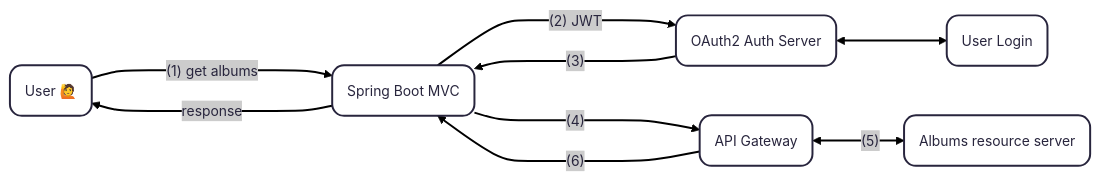
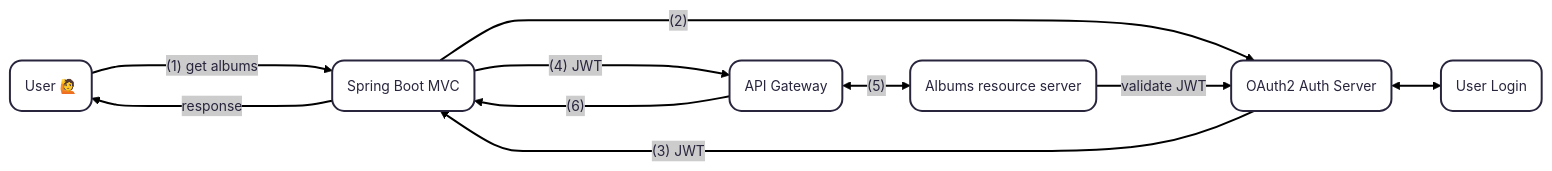
Before and after one commit to AntonioDiaz/udemy-oauth2-spring: the fourth of 4 diagrams in README.md, drawn with Mermaid.

````diff
--- a/README.md
+++ b/README.md
@@ -396,19 +396,20 @@
 ```mermaid
 ---
 config:
       theme: redux
 ---
 flowchart LR
         user("User 🙋")
         spring("Spring Boot MVC")
         oauth("OAuth2 Auth Server")
         user_login("User Login")
         api("API Gateway")
         server("Albums resource server")
         user --"(1) get albums"--> spring
         spring --"response" ----> user
-        spring --"(2) JWT"----> oauth <--> user_login
-        oauth --(3)--> spring
-        spring --(4)----> api <--"(5)"--> server
+        spring --"(2)"----> oauth <--> user_login
+        oauth --(3) JWT--> spring
+        spring --(4) JWT----> api <--"(5)"--> server
         api --(6)--> spring
+        server --validate JWT--> oauth
 ```
````
